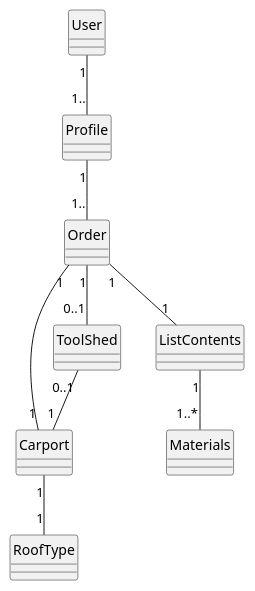
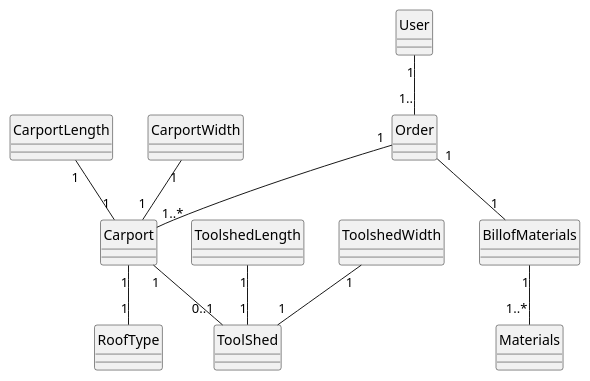
One commit to rasm445f/Fog-Carport changed the diagram in documentation/domian model.puml. Above: the diagram before and after it, drawn with PlantUML. The commit also changed 7 other files, not shown here.

```diff
--- a/documentation/domian model.puml
+++ b/documentation/domian model.puml
@@ -1,23 +1,30 @@
 @startuml
 skinparam style strictuml
-class Profile
+
 
 class User
-
 class Order
 class Carport
+class CarportLength
+class CarportWidth
 class ToolShed
+class ToolshedLength
+class ToolshedWidth
 class Materials
 class RoofType
-class ListContents
+class BillofMaterials
 
-User "1" -- "1.." Profile
-Profile"1" -- "1.."Order
-Order"1" -- "1"Carport
-Order"1" -- "0..1"ToolShed
-ToolShed"0..1" -- "1"Carport
-Order"1" -- "1"ListContents
-ListContents"1" -- "1..*"Materials
+User "1" -- "1.."Order
+Order"1" -- "1"BillofMaterials
+Order"1" -- "1..*"Carport
+CarportLength"1" -- "1"Carport
+CarportWidth"1" -- "1"Carport
+Carport"1" -- "0..1"ToolShed
+
+ToolshedLength"1" -- "1"ToolShed
+ToolshedWidth"1" -- "1"ToolShed
+
+BillofMaterials"1" -- "1..*"Materials
 Carport"1" -- "1"RoofType
 
 @enduml
```
